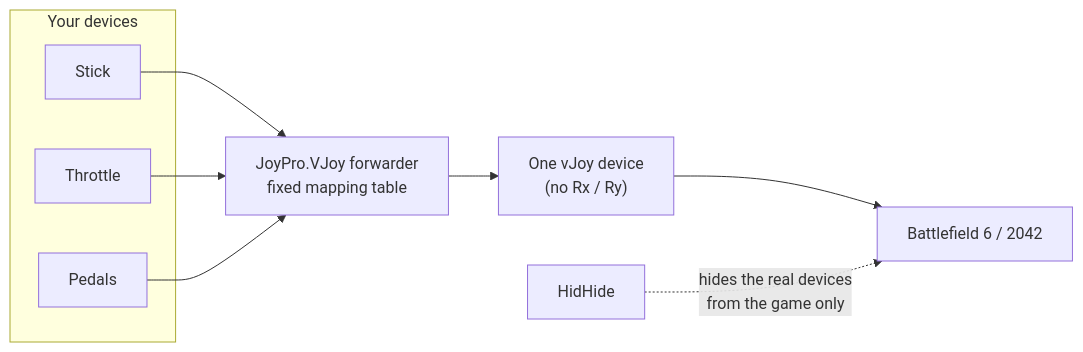
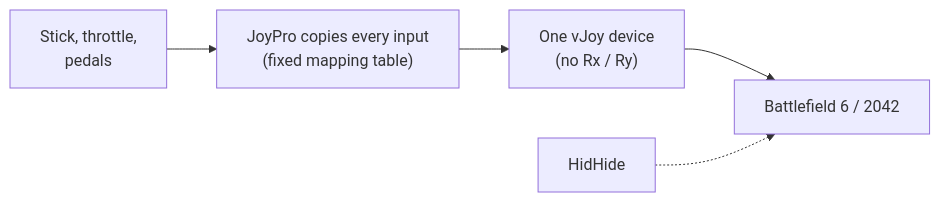
The diagram in website/content/games/battlefield.md (Holdi601/JoystickProfiler2), drawn with Mermaid before and after one commit. The commit also changed other lines of this file and 718 other files, not shown here.

Commit message:
JoyPro2 2.7.0

````diff
--- a/website/content/games/battlefield.md
+++ b/website/content/games/battlefield.md
@@ -21,12 +117,8 @@
 ```mermaid
+%% caption: Solid: your inputs while Start is on. Dotted: HidHide hides the real devices from Battlefield only.
 flowchart LR
-  subgraph Real["Your devices"]
-    S["Stick"]
-    T["Throttle"]
-    P["Pedals"]
-  end
-  S & T & P --> F["JoyPro.VJoy forwarder<br/>fixed mapping table"]
+  R["Stick, throttle,<br/>pedals"] --> F["JoyPro copies every input<br/>(fixed mapping table)"]
   F --> V["One vJoy device<br/>(no Rx / Ry)"]
   V --> G["Battlefield 6 / 2042"]
-  H["HidHide"] -.->|hides the real devices<br/>from the game only| G
+  H["HidHide"] -.-> G
 ```
````
